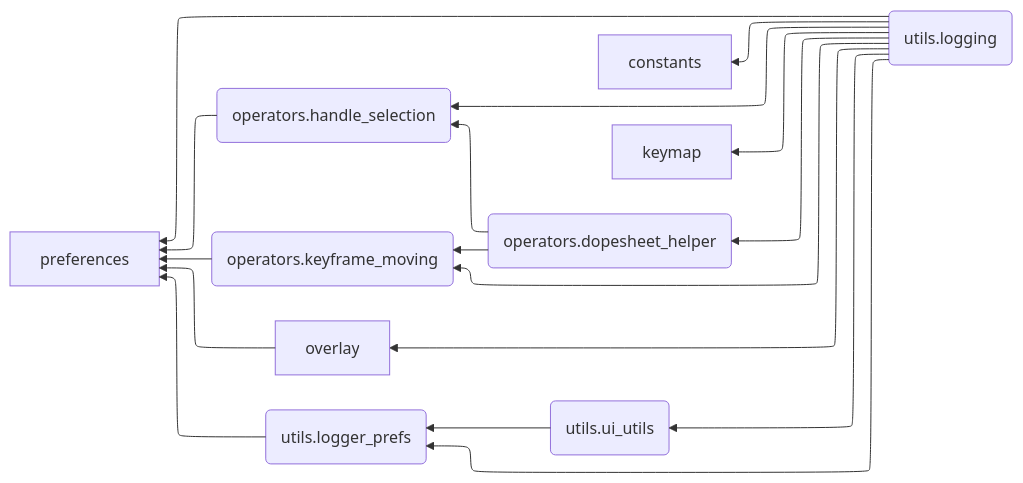
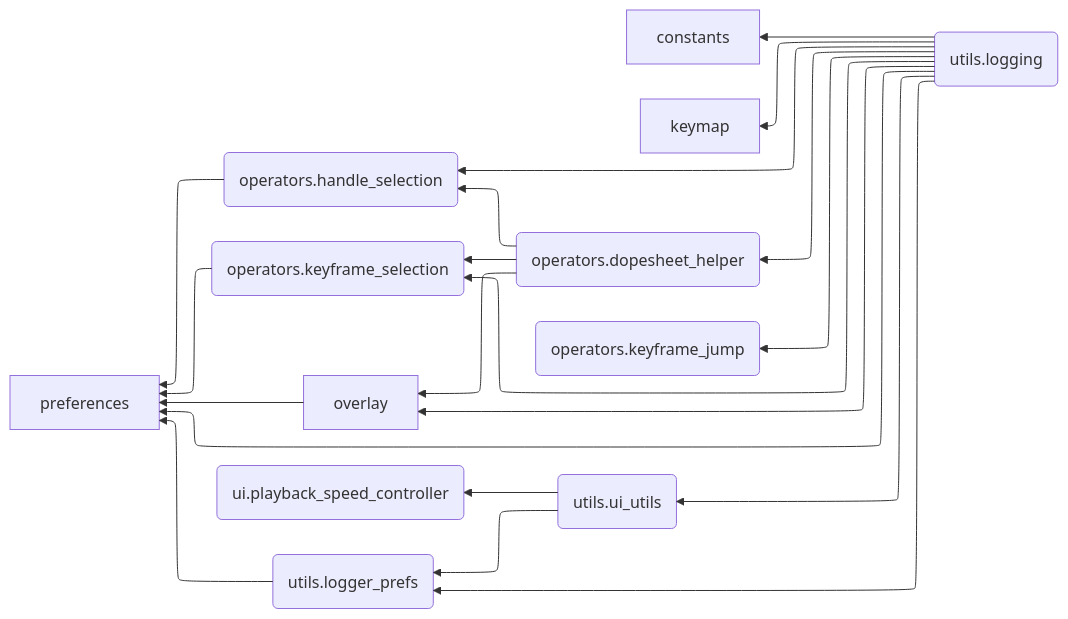
Before and after one commit to Pluglug/graph_monkey: the diagram in docs/debug/module_dependencies.mmd, drawn with Mermaid.

Commit message:
モジュール依存関係のフローチャートに新しいオペレーター（キーフレームジャンプ、キーフレーム選択、再生速度コントローラー）を追加し、依存関係を更新。コードの可読性を向上。

```diff
--- a/docs/debug/module_dependencies.mmd
+++ b/docs/debug/module_dependencies.mmd
@@ -1,34 +1,39 @@
 ---
 config:
   theme: mc
   layout: elk
   flowchart:
     curve: basis
 ---
 flowchart RL
     constants[constants]
     keymap[keymap]
     operators_dopesheet_helper(operators.dopesheet_helper)
     operators_handle_selection(operators.handle_selection)
-    operators_keyframe_moving(operators.keyframe_moving)
+    operators_keyframe_jump(operators.keyframe_jump)
+    operators_keyframe_selection(operators.keyframe_selection)
     overlay[overlay]
     preferences[preferences]
+    ui_playback_speed_controller(ui.playback_speed_controller)
     utils_logger_prefs(utils.logger_prefs)
     utils_logging(utils.logging)
     utils_ui_utils(utils.ui_utils)
     operators_dopesheet_helper --> operators_handle_selection
-    operators_dopesheet_helper --> operators_keyframe_moving
+    operators_dopesheet_helper --> operators_keyframe_selection
+    operators_dopesheet_helper --> overlay
     operators_handle_selection --> preferences
-    operators_keyframe_moving --> preferences
+    operators_keyframe_selection --> preferences
     overlay --> preferences
     utils_logger_prefs --> preferences
     utils_logging --> constants
     utils_logging --> keymap
     utils_logging --> operators_dopesheet_helper
     utils_logging --> operators_handle_selection
-    utils_logging --> operators_keyframe_moving
+    utils_logging --> operators_keyframe_jump
+    utils_logging --> operators_keyframe_selection
     utils_logging --> overlay
     utils_logging --> preferences
     utils_logging --> utils_logger_prefs
     utils_logging --> utils_ui_utils
+    utils_ui_utils --> ui_playback_speed_controller
     utils_ui_utils --> utils_logger_prefs
```
